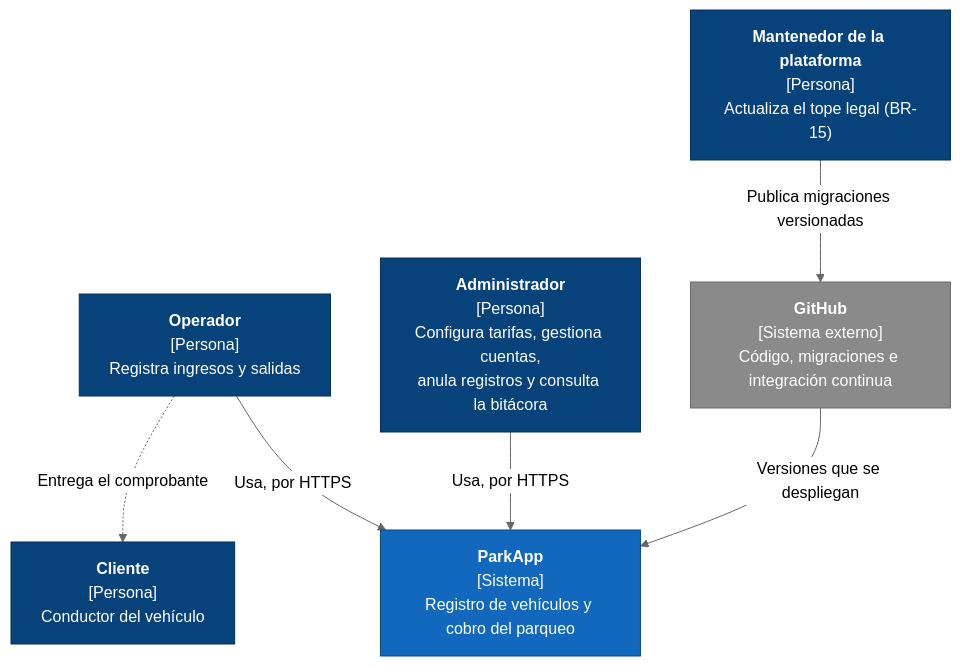
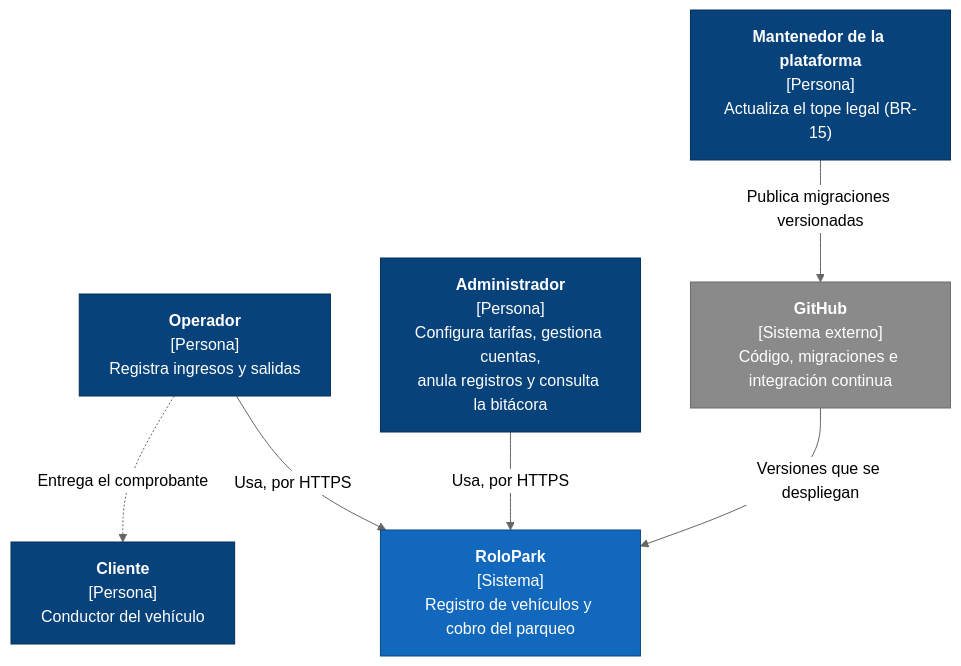
The first of 5 diagrams in docs/arquitectura.md (wrafael91/parkapp), drawn with Mermaid (neutral theme) before and after one commit. The commit also changed other lines of this file and 5 other files, not shown here.

First line of the commit message:
docs: rename the product to RoloPark and add ADR 0010 (#71) (#89)

````diff
--- a/docs/arquitectura.md
+++ b/docs/arquitectura.md
@@ -39,22 +43,22 @@
 ```mermaid
 flowchart TB
     operador["<b>Operador</b><br/>[Persona]<br/>Registra ingresos y salidas"]
     admin["<b>Administrador</b><br/>[Persona]<br/>Configura tarifas, gestiona cuentas,<br/>anula registros y consulta la bitácora"]
     cliente["<b>Cliente</b><br/>[Persona]<br/>Conductor del vehículo"]
     mantenedor["<b>Mantenedor de la plataforma</b><br/>[Persona]<br/>Actualiza el tope legal (BR-15)"]
-    parkapp["<b>ParkApp</b><br/>[Sistema]<br/>Registro de vehículos y cobro del parqueo"]
+    parkapp["<b>RoloPark</b><br/>[Sistema]<br/>Registro de vehículos y cobro del parqueo"]
     github["<b>GitHub</b><br/>[Sistema externo]<br/>Código, migraciones e integración continua"]
 
     operador -- "Usa, por HTTPS" --> parkapp
     admin -- "Usa, por HTTPS" --> parkapp
     operador -. "Entrega el comprobante" .-> cliente
     mantenedor -- "Publica migraciones versionadas" --> github
     github -- "Versiones que se despliegan" --> parkapp
 
     classDef persona fill:#08427b,stroke:#052e56,color:#ffffff
     classDef sistema fill:#1168bd,stroke:#0b4884,color:#ffffff
     classDef externo fill:#8a8a8a,stroke:#6b6b6b,color:#ffffff
     class operador,admin,cliente,mantenedor persona
     class parkapp sistema
     class github externo
 ```
````
